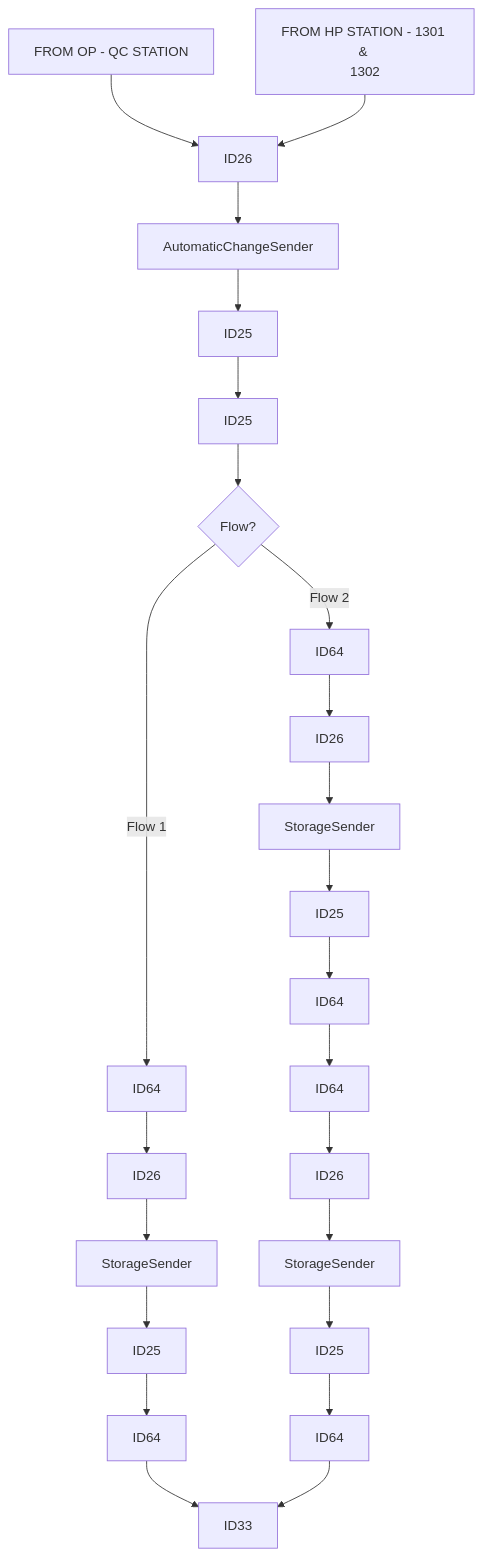
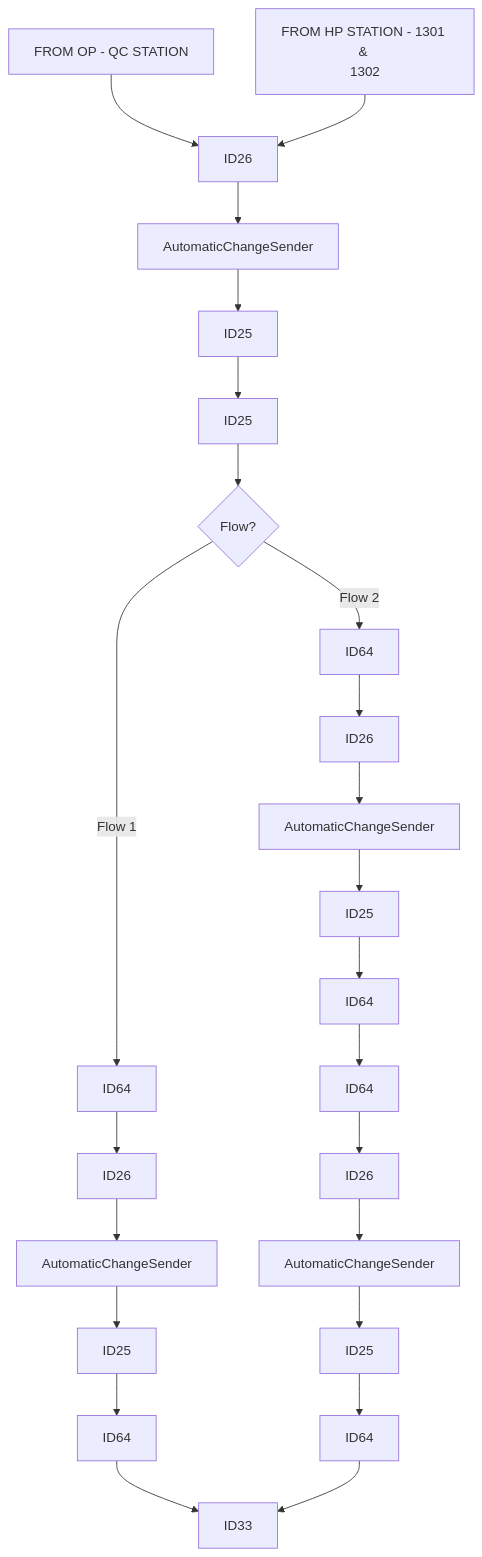
Before and after one commit to luthfiadityaa/SimeDarby-Wiki: the diagram in Basic-Design/DFD-WMS/Storage/Unplanned-Storage.md, drawn with Mermaid.

Commit message:
Updated Unplanned Storage

```diff
--- a/Basic-Design/DFD-WMS/Storage/Unplanned-Storage.md
+++ b/Basic-Design/DFD-WMS/Storage/Unplanned-Storage.md
@@ -5,16 +5,16 @@
 ::: mermaid
 flowchart TD
   
 P1[FROM OP - QC STATION]-->P2[ID26]-->P3[AutomaticChangeSender]-->P4[ID25]-->P7[ID25]
 P7[ID25]-->Cond1{Flow?} 
 Cond1 --> |Flow 1| P8[ID64]
 Cond1 --> |Flow 2| P9[ID64]
-P8[ID64]-->P10[ID26]-->P11[StorageSender]-->P12[ID25]-->P13[ID64]
-P9[ID64]-->P15[ID26]-->P16[StorageSender]-->P17[ID25]-->P18[ID64]-->P19[ID64]-->P20[ID26]-->P21[StorageSender]-->P22[ID25]-->P23[ID64]
+P8[ID64]-->P10[ID26]-->P11[AutomaticChangeSender]-->P12[ID25]-->P13[ID64]
+P9[ID64]-->P15[ID26]-->P16[AutomaticChangeSender]-->P17[ID25]-->P18[ID64]-->P19[ID64]-->P20[ID26]-->P21[AutomaticChangeSender]-->P22[ID25]-->P23[ID64]
 
 P24[FROM HP STATION - 1301 & 
 1302]-->P2[ID26]
 
 P13[ID64]-->P14[ID33]
 P23[ID64]-->P14[ID33]
 :::
```
